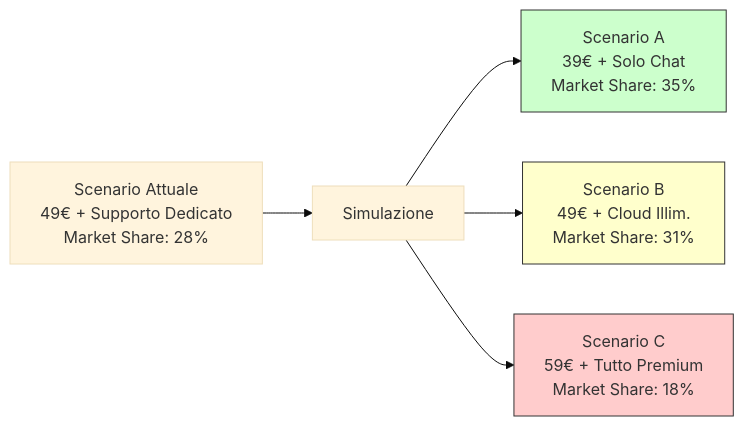
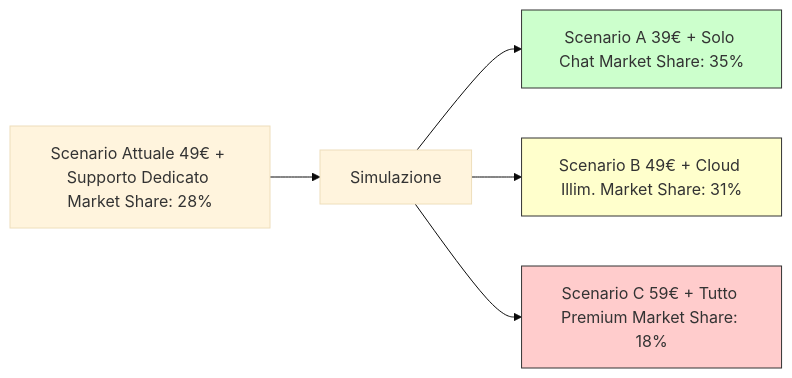
Before and after one commit to AndreyBertasini/gynnitech: the diagram in src/content/blog/conjoint-analysis.mdx, drawn with Mermaid (base theme). The commit also changed 11 other files, not shown here.

First line of the commit message:
fix(blog): fix mermaid syntax errors for v11.12.2 compatibility

````diff
--- a/src/content/blog/conjoint-analysis.mdx
+++ b/src/content/blog/conjoint-analysis.mdx
@@ -159,11 +159,11 @@
 ```mermaid
 graph LR
-    A["Scenario Attuale<br>49€ + Supporto Dedicato<br>Market Share: 28%"] --> B["Simulazione"]
-    B --> C["Scenario A<br>39€ + Solo Chat<br>Market Share: 35%"]
-    B --> D["Scenario B<br>49€ + Cloud Illim.<br>Market Share: 31%"]
-    B --> E["Scenario C<br>59€ + Tutto Premium<br>Market Share: 18%"]
+    A["Scenario Attuale 49€ + Supporto Dedicato Market Share: 28%"] --> B["Simulazione"]
+    B --> C["Scenario A 39€ + Solo Chat Market Share: 35%"]
+    B --> D["Scenario B 49€ + Cloud Illim. Market Share: 31%"]
+    B --> E["Scenario C 59€ + Tutto Premium Market Share: 18%"]
     
     style C fill:#ccffcc,stroke:#333
     style D fill:#ffffcc,stroke:#333
     style E fill:#ffcccc,stroke:#333
 ```
````
